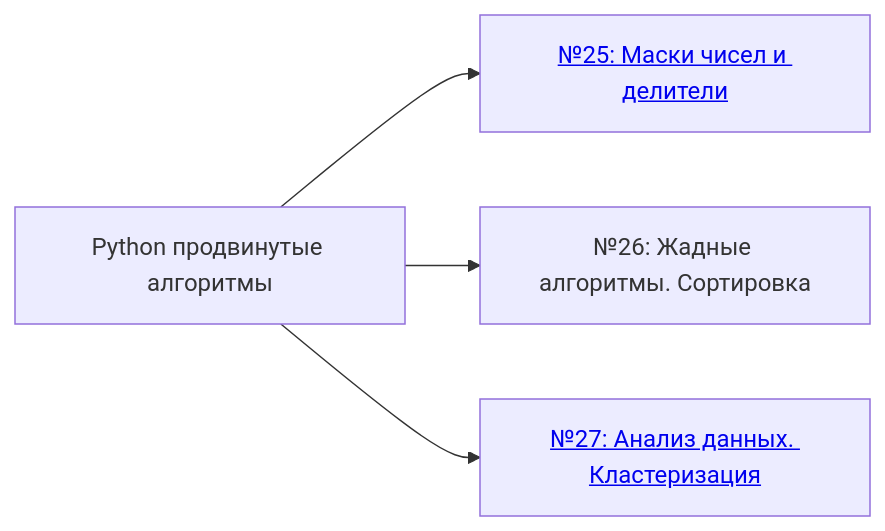
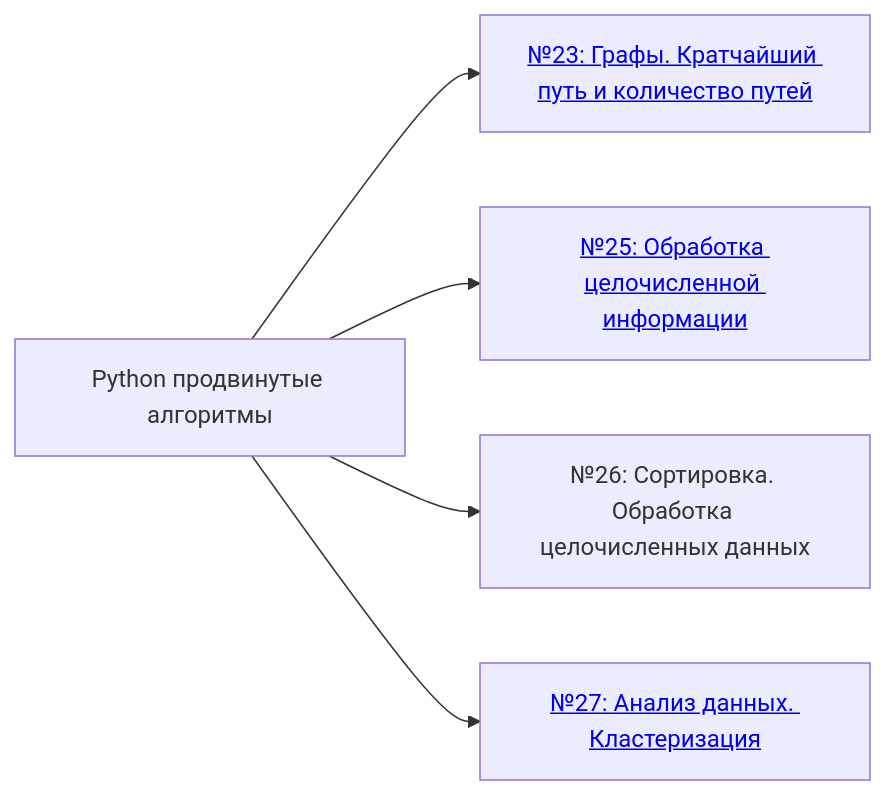
The sixth of 6 diagrams in README.md (scharfff/spbpu-inf-course), drawn with Mermaid before and after one commit. The commit also changed other lines of this file and 30 other files, not shown here.

````diff
--- a/README.md
+++ b/README.md
@@ -164,10 +161,12 @@
 ```mermaid
 flowchart LR
   T6["Python продвинутые алгоритмы"]
-  T6 --> T6a["<a href='https://github.com/scharfff/spbpu-inf-course/tree/2026/%D0%97%D0%B0%D0%B4%D0%B0%D0%BD%D0%B8%D0%B5_25_%D0%9C%D0%B0%D1%81%D0%BA%D0%B8_%D1%87%D0%B8%D1%81%D0%B5%D0%BB_%D0%B8_%D0%B4%D0%B5%D0%BB%D0%B8%D1%82%D0%B5%D0%BB%D0%B8'>№25: Маски чисел и делители</a>"]
-  T6 --> T6b["№26: Жадные алгоритмы. Сортировка"]
-  T6 --> T6c["<a href='https://github.com/scharfff/spbpu-inf-course/tree/2026/%D0%97%D0%B0%D0%B4%D0%B0%D0%BD%D0%B8%D0%B5_27_%D0%90%D0%BD%D0%B0%D0%BB%D0%B8%D0%B7_%D0%B4%D0%B0%D0%BD%D0%BD%D1%8B%D1%85'>№27: Анализ данных. Кластеризация</a>"]
+  T6 --> T6a["<a href='https://github.com/scharfff/spbpu-inf-course/tree/2027/Задание_23_Графы'>№23: Графы. Кратчайший путь и количество путей</a>"]
+  T6 --> T6b["<a href='https://github.com/scharfff/spbpu-inf-course/tree/2027/Задание_25_Маски_чисел_и_делители'>№25: Обработка целочисленной информации</a>"]
+  T6 --> T6c["№26: Сортировка. Обработка целочисленных данных"]
+  T6 --> T6d["<a href='https://github.com/scharfff/spbpu-inf-course/tree/2027/Задание_27_Анализ_данных'>№27: Анализ данных. Кластеризация</a>"]
 
-  click T6a "https://github.com/scharfff/spbpu-inf-course/tree/2026/%D0%97%D0%B0%D0%B4%D0%B0%D0%BD%D0%B8%D0%B5_25_%D0%9C%D0%B0%D1%81%D0%BA%D0%B8_%D1%87%D0%B8%D1%81%D0%B5%D0%BB_%D0%B8_%D0%B4%D0%B5%D0%BB%D0%B8%D1%82%D0%B5%D0%BB%D0%B8"
-  click T6c "https://github.com/scharfff/spbpu-inf-course/tree/2026/%D0%97%D0%B0%D0%B4%D0%B0%D0%BD%D0%B8%D0%B5_27_%D0%90%D0%BD%D0%B0%D0%BB%D0%B8%D0%B7_%D0%B4%D0%B0%D0%BD%D0%BD%D1%8B%D1%85"
+  click T6a "https://github.com/scharfff/spbpu-inf-course/tree/2027/Задание_23_Графы"
+  click T6b "https://github.com/scharfff/spbpu-inf-course/tree/2027/Задание_25_Маски_чисел_и_делители"
+  click T6d "https://github.com/scharfff/spbpu-inf-course/tree/2027/Задание_27_Анализ_данных"
 ```
````
